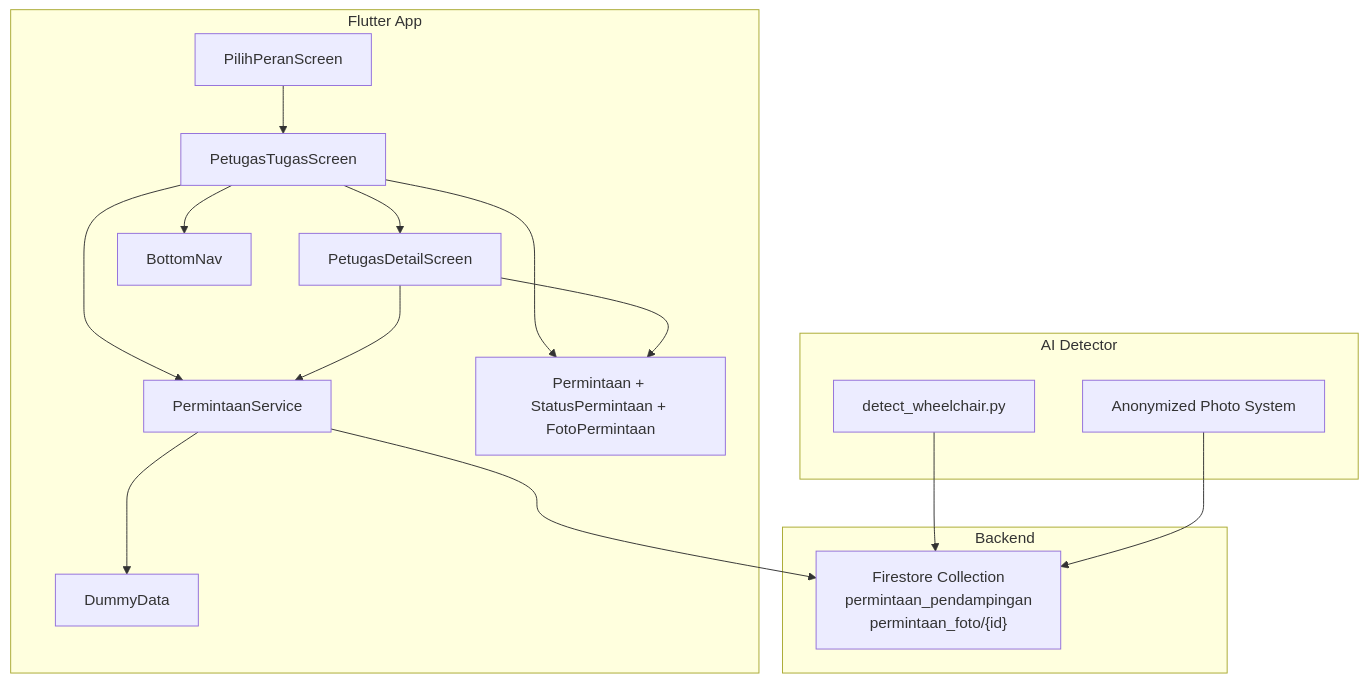
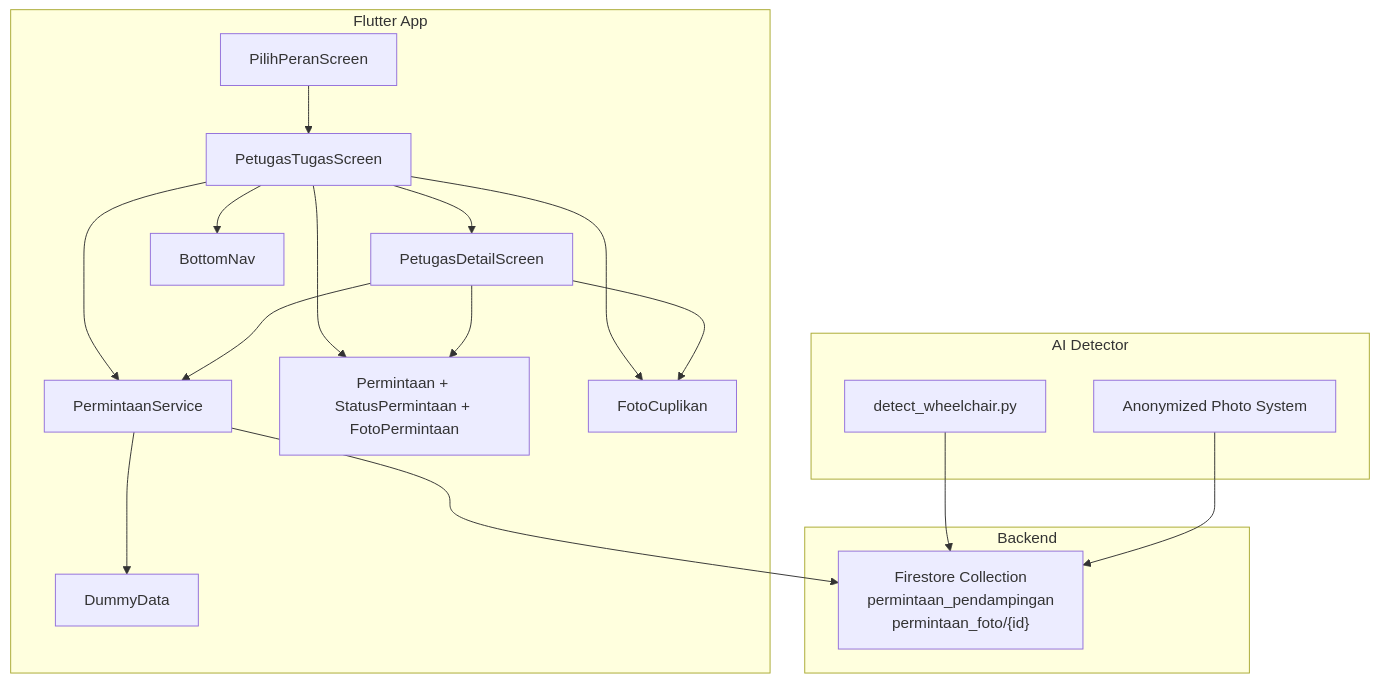
The first of 11 diagrams in .qoder/repowiki/en/content/Mobile Application/Staff Workflow/Staff Workflow.md (rdsarjito/whoosh-ramah), drawn with Mermaid before and after one commit. The commit also changed other lines of this file and 18 other files, not shown here.

````diff
--- a/.qoder/repowiki/en/content/Mobile Application/Staff Workflow/Staff Workflow.md
+++ b/.qoder/repowiki/en/content/Mobile Application/Staff Workflow/Staff Workflow.md
@@ -60,30 +64,33 @@
 ```mermaid
 graph TB
 subgraph "Flutter App"
 Role["PilihPeranScreen"]
 TaskList["PetugasTugasScreen"]
 Detail["PetugasDetailScreen"]
 Service["PermintaanService"]
 Model["Permintaan + StatusPermintaan + FotoPermintaan"]
+Widget["FotoCuplikan"]
 Dummy["DummyData"]
 Nav["BottomNav"]
 end
 subgraph "Backend"
 Firestore["Firestore Collection<br/>permintaan_pendampingan<br/>permintaan_foto/{id}"]
 end
 subgraph "AI Detector"
 PyDetect["detect_wheelchair.py"]
 PhotoSystem["Anonymized Photo System"]
 end
 Role --> TaskList
 TaskList --> Detail
 TaskList --> Service
 Detail --> Service
 Service --> Firestore
 TaskList --> Model
 Detail --> Model
 Service --> Dummy
 TaskList --> Nav
+TaskList --> Widget
+Detail --> Widget
 PyDetect --> Firestore
 PhotoSystem --> Firestore
 ```
````
